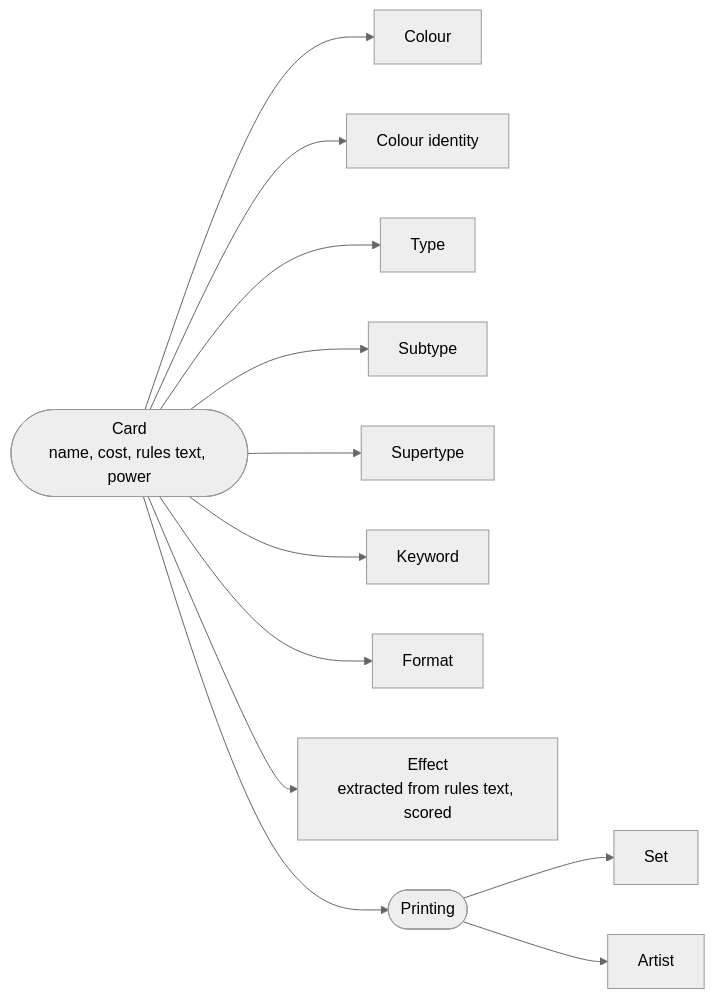
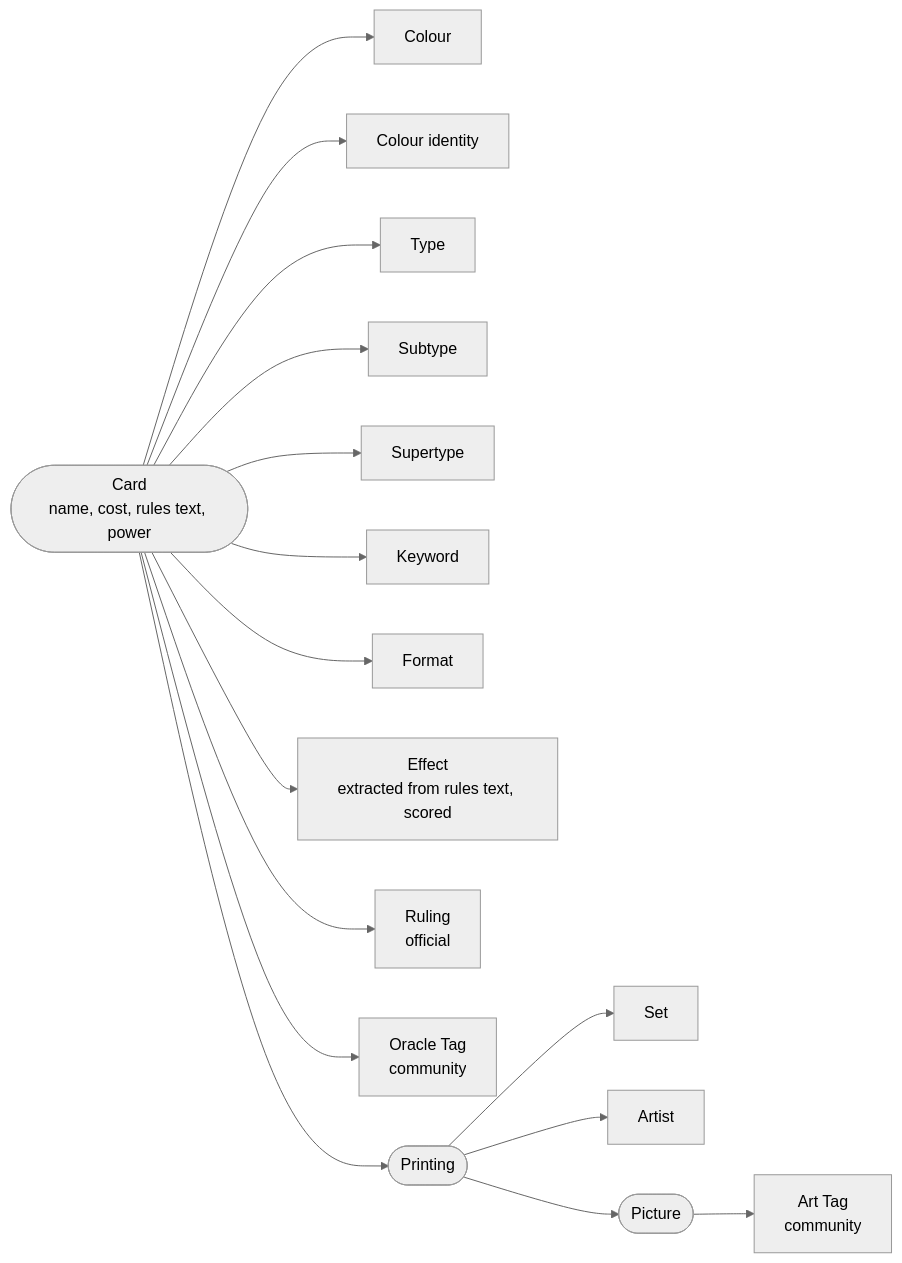
The first of 2 diagrams in docs/BLUEPRINT.md (OGobidike/TopDeck-MTG), drawn with Mermaid (neutral theme) before and after one commit. The commit also changed other lines of this file and 40 other files, not shown here.

````diff
--- a/docs/BLUEPRINT.md
+++ b/docs/BLUEPRINT.md
@@ -79,15 +87,19 @@
 ```mermaid
 flowchart LR
     card(["Card<br/>name, cost, rules text, power"])
     card --> colour["Colour"]
     card --> identity["Colour identity"]
     card --> type["Type"]
     card --> subtype["Subtype"]
     card --> supertype["Supertype"]
     card --> keyword["Keyword"]
     card --> format["Format"]
     card --> effect["Effect<br/>extracted from rules text, scored"]
+    card --> ruling["Ruling<br/>official"]
+    card --> oracletag["Oracle Tag<br/>community"]
     card --> printing(["Printing"])
     printing --> set["Set"]
     printing --> artist["Artist"]
+    printing --> picture(["Picture"])
+    picture --> arttag["Art Tag<br/>community"]
 ```
````
